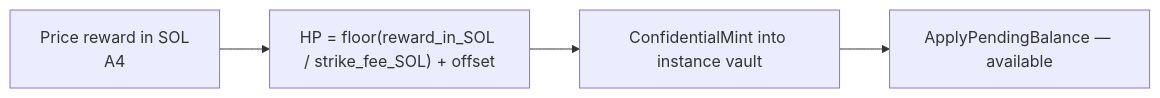
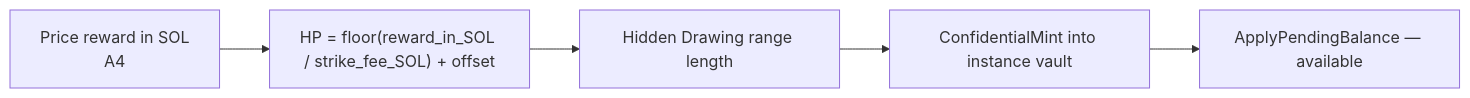
Before and after one commit to kilogold/confidential-pinata: the second of 3 diagrams in docs/arbiter.md, drawn with Mermaid. The commit also changed other lines of this file and 8 other files, not shown here.

````diff
--- a/docs/arbiter.md
+++ b/docs/arbiter.md
@@ -56,6 +59,7 @@
 ```mermaid
 flowchart LR
   p[Price reward in SOL<br/>A4] --> hp["HP = floor(reward_in_SOL / strike_fee_SOL) + offset"]
-  hp --> mint[ConfidentialMint into instance vault]
+  hp --> supply[Hidden Drawing range length]
+  supply --> mint[ConfidentialMint into instance vault]
   mint --> apply[ApplyPendingBalance — available]
 ```
````
